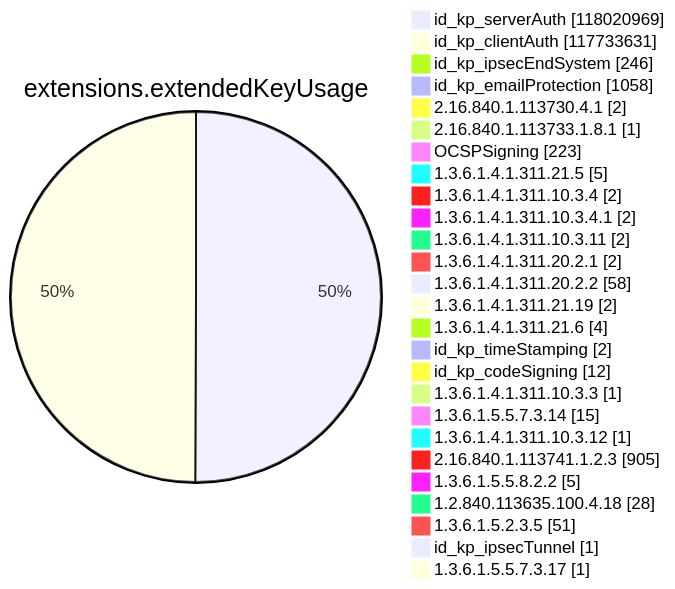
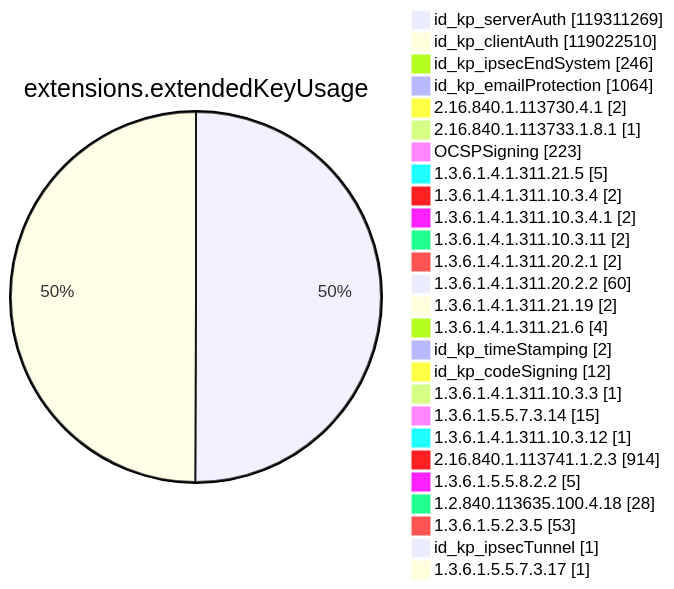
Diagram 11 of 15 in xenon2023/README.md (christiankrug/ctmonitor_visualization), drawn with Mermaid before and after one commit. The commit also changed other lines of this file, not shown here.

````diff
--- a/xenon2023/README.md
+++ b/xenon2023/README.md
@@ -2675,30 +2677,30 @@
 ```mermaid
 pie showData
 title extensions.extendedKeyUsage
-"id_kp_serverAuth" :118020969
-"id_kp_clientAuth" :117733631
+"id_kp_serverAuth" :119311269
+"id_kp_clientAuth" :119022510
 "id_kp_ipsecEndSystem" :246
-"id_kp_emailProtection" :1058
+"id_kp_emailProtection" :1064
 "2.16.840.1.113730.4.1" :2
 "2.16.840.1.113733.1.8.1" :1
 "OCSPSigning" :223
 "1.3.6.1.4.1.311.21.5" :5
 "1.3.6.1.4.1.311.10.3.4" :2
 "1.3.6.1.4.1.311.10.3.4.1" :2
 "1.3.6.1.4.1.311.10.3.11" :2
 "1.3.6.1.4.1.311.20.2.1" :2
-"1.3.6.1.4.1.311.20.2.2" :58
+"1.3.6.1.4.1.311.20.2.2" :60
 "1.3.6.1.4.1.311.21.19" :2
 "1.3.6.1.4.1.311.21.6" :4
 "id_kp_timeStamping" :2
 "id_kp_codeSigning" :12
 "1.3.6.1.4.1.311.10.3.3" :1
 "1.3.6.1.5.5.7.3.14" :15
 "1.3.6.1.4.1.311.10.3.12" :1
-"2.16.840.1.113741.1.2.3" :905
+"2.16.840.1.113741.1.2.3" :914
 "1.3.6.1.5.5.8.2.2" :5
 "1.2.840.113635.100.4.18" :28
-"1.3.6.1.5.2.3.5" :51
+"1.3.6.1.5.2.3.5" :53
 "id_kp_ipsecTunnel" :1
 "1.3.6.1.5.5.7.3.17" :1
 ```
````
